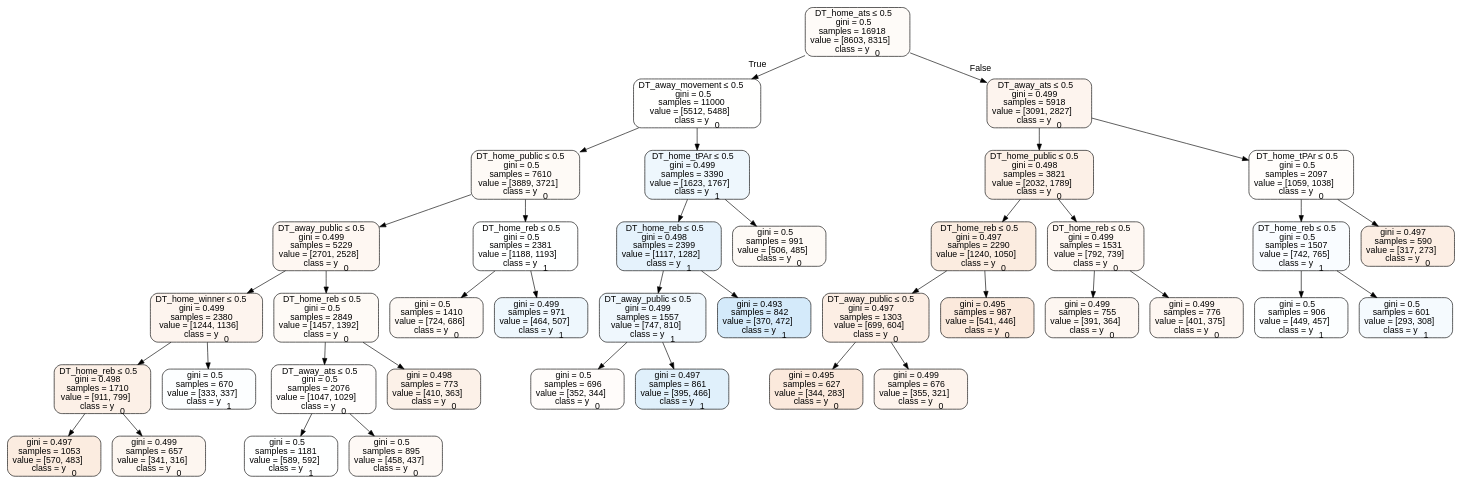
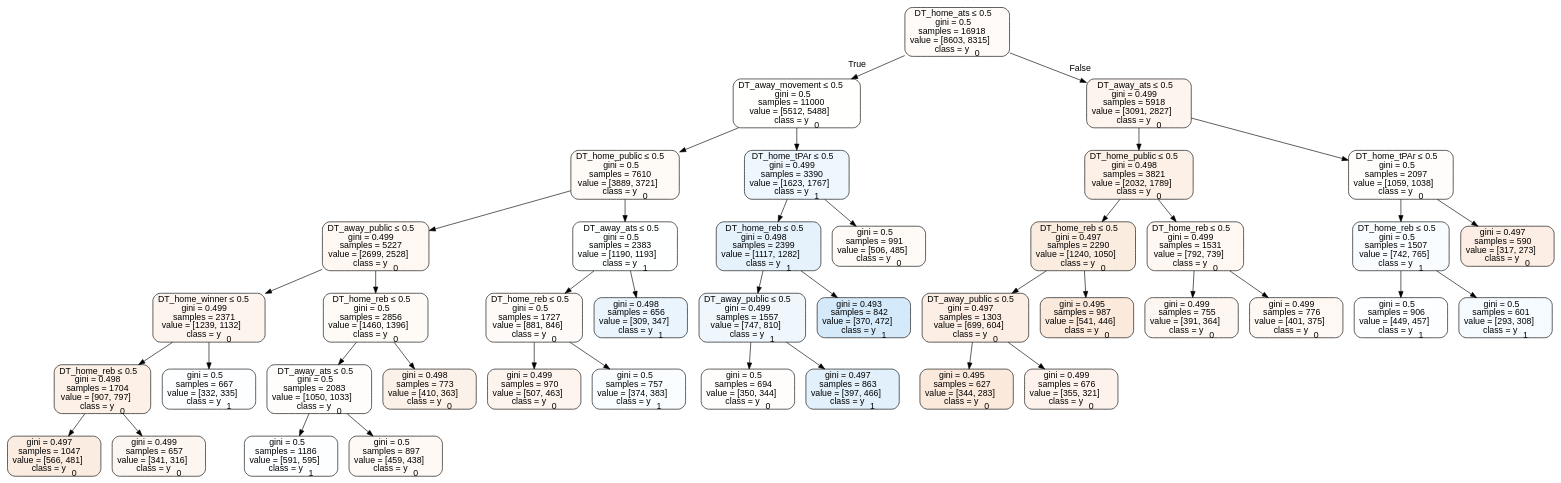
The diagram in Basketball/data/trees/tree2011home.dot (usbogie/ncaa-bets), drawn with Graphviz before and after one commit. The commit also changed 24 other files, not shown here.

```diff
--- a/Basketball/data/trees/tree2011home.dot
+++ b/Basketball/data/trees/tree2011home.dot
@@ -1,81 +1,85 @@
 digraph Tree {
 node [shape=box, style="filled, rounded", color="black", fontname=helvetica] ;
 edge [fontname=helvetica] ;
 0 [label=<DT_home_ats &le; 0.5<br/>gini = 0.5<br/>samples = 16918<br/>value = [8603, 8315]<br/>class = y<SUB>0</SUB>>, fillcolor="#e5813909"] ;
 1 [label=<DT_away_movement &le; 0.5<br/>gini = 0.5<br/>samples = 11000<br/>value = [5512, 5488]<br/>class = y<SUB>0</SUB>>, fillcolor="#e5813901"] ;
 0 -> 1 [labeldistance=2.5, labelangle=45, headlabel="True"] ;
 2 [label=<DT_home_public &le; 0.5<br/>gini = 0.5<br/>samples = 7610<br/>value = [3889, 3721]<br/>class = y<SUB>0</SUB>>, fillcolor="#e581390b"] ;
 1 -> 2 ;
-3 [label=<DT_away_public &le; 0.5<br/>gini = 0.499<br/>samples = 5229<br/>value = [2701, 2528]<br/>class = y<SUB>0</SUB>>, fillcolor="#e5813910"] ;
+3 [label=<DT_away_public &le; 0.5<br/>gini = 0.499<br/>samples = 5227<br/>value = [2699, 2528]<br/>class = y<SUB>0</SUB>>, fillcolor="#e5813910"] ;
 2 -> 3 ;
-4 [label=<DT_home_winner &le; 0.5<br/>gini = 0.499<br/>samples = 2380<br/>value = [1244, 1136]<br/>class = y<SUB>0</SUB>>, fillcolor="#e5813916"] ;
+4 [label=<DT_home_winner &le; 0.5<br/>gini = 0.499<br/>samples = 2371<br/>value = [1239, 1132]<br/>class = y<SUB>0</SUB>>, fillcolor="#e5813916"] ;
 3 -> 4 ;
-5 [label=<DT_home_reb &le; 0.5<br/>gini = 0.498<br/>samples = 1710<br/>value = [911, 799]<br/>class = y<SUB>0</SUB>>, fillcolor="#e581391f"] ;
+5 [label=<DT_home_reb &le; 0.5<br/>gini = 0.498<br/>samples = 1704<br/>value = [907, 797]<br/>class = y<SUB>0</SUB>>, fillcolor="#e581391f"] ;
 4 -> 5 ;
-6 [label=<gini = 0.497<br/>samples = 1053<br/>value = [570, 483]<br/>class = y<SUB>0</SUB>>, fillcolor="#e5813927"] ;
+6 [label=<gini = 0.497<br/>samples = 1047<br/>value = [566, 481]<br/>class = y<SUB>0</SUB>>, fillcolor="#e5813926"] ;
 5 -> 6 ;
 7 [label=<gini = 0.499<br/>samples = 657<br/>value = [341, 316]<br/>class = y<SUB>0</SUB>>, fillcolor="#e5813913"] ;
 5 -> 7 ;
-8 [label=<gini = 0.5<br/>samples = 670<br/>value = [333, 337]<br/>class = y<SUB>1</SUB>>, fillcolor="#399de503"] ;
+8 [label=<gini = 0.5<br/>samples = 667<br/>value = [332, 335]<br/>class = y<SUB>1</SUB>>, fillcolor="#399de502"] ;
 4 -> 8 ;
-9 [label=<DT_home_reb &le; 0.5<br/>gini = 0.5<br/>samples = 2849<br/>value = [1457, 1392]<br/>class = y<SUB>0</SUB>>, fillcolor="#e581390b"] ;
+9 [label=<DT_home_reb &le; 0.5<br/>gini = 0.5<br/>samples = 2856<br/>value = [1460, 1396]<br/>class = y<SUB>0</SUB>>, fillcolor="#e581390b"] ;
 3 -> 9 ;
-10 [label=<DT_away_ats &le; 0.5<br/>gini = 0.5<br/>samples = 2076<br/>value = [1047, 1029]<br/>class = y<SUB>0</SUB>>, fillcolor="#e5813904"] ;
+10 [label=<DT_away_ats &le; 0.5<br/>gini = 0.5<br/>samples = 2083<br/>value = [1050, 1033]<br/>class = y<SUB>0</SUB>>, fillcolor="#e5813904"] ;
 9 -> 10 ;
-11 [label=<gini = 0.5<br/>samples = 1181<br/>value = [589, 592]<br/>class = y<SUB>1</SUB>>, fillcolor="#399de501"] ;
+11 [label=<gini = 0.5<br/>samples = 1186<br/>value = [591, 595]<br/>class = y<SUB>1</SUB>>, fillcolor="#399de502"] ;
 10 -> 11 ;
-12 [label=<gini = 0.5<br/>samples = 895<br/>value = [458, 437]<br/>class = y<SUB>0</SUB>>, fillcolor="#e581390c"] ;
+12 [label=<gini = 0.5<br/>samples = 897<br/>value = [459, 438]<br/>class = y<SUB>0</SUB>>, fillcolor="#e581390c"] ;
 10 -> 12 ;
 13 [label=<gini = 0.498<br/>samples = 773<br/>value = [410, 363]<br/>class = y<SUB>0</SUB>>, fillcolor="#e581391d"] ;
 9 -> 13 ;
-14 [label=<DT_home_reb &le; 0.5<br/>gini = 0.5<br/>samples = 2381<br/>value = [1188, 1193]<br/>class = y<SUB>1</SUB>>, fillcolor="#399de501"] ;
+14 [label=<DT_away_ats &le; 0.5<br/>gini = 0.5<br/>samples = 2383<br/>value = [1190, 1193]<br/>class = y<SUB>1</SUB>>, fillcolor="#399de501"] ;
 2 -> 14 ;
-15 [label=<gini = 0.5<br/>samples = 1410<br/>value = [724, 686]<br/>class = y<SUB>0</SUB>>, fillcolor="#e581390d"] ;
+15 [label=<DT_home_reb &le; 0.5<br/>gini = 0.5<br/>samples = 1727<br/>value = [881, 846]<br/>class = y<SUB>0</SUB>>, fillcolor="#e581390a"] ;
 14 -> 15 ;
-16 [label=<gini = 0.499<br/>samples = 971<br/>value = [464, 507]<br/>class = y<SUB>1</SUB>>, fillcolor="#399de516"] ;
-14 -> 16 ;
-17 [label=<DT_home_tPAr &le; 0.5<br/>gini = 0.499<br/>samples = 3390<br/>value = [1623, 1767]<br/>class = y<SUB>1</SUB>>, fillcolor="#399de515"] ;
-1 -> 17 ;
-18 [label=<DT_home_reb &le; 0.5<br/>gini = 0.498<br/>samples = 2399<br/>value = [1117, 1282]<br/>class = y<SUB>1</SUB>>, fillcolor="#399de521"] ;
-17 -> 18 ;
-19 [label=<DT_away_public &le; 0.5<br/>gini = 0.499<br/>samples = 1557<br/>value = [747, 810]<br/>class = y<SUB>1</SUB>>, fillcolor="#399de514"] ;
-18 -> 19 ;
-20 [label=<gini = 0.5<br/>samples = 696<br/>value = [352, 344]<br/>class = y<SUB>0</SUB>>, fillcolor="#e5813906"] ;
+16 [label=<gini = 0.499<br/>samples = 970<br/>value = [507, 463]<br/>class = y<SUB>0</SUB>>, fillcolor="#e5813916"] ;
+15 -> 16 ;
+17 [label=<gini = 0.5<br/>samples = 757<br/>value = [374, 383]<br/>class = y<SUB>1</SUB>>, fillcolor="#399de506"] ;
+15 -> 17 ;
+18 [label=<gini = 0.498<br/>samples = 656<br/>value = [309, 347]<br/>class = y<SUB>1</SUB>>, fillcolor="#399de51c"] ;
+14 -> 18 ;
+19 [label=<DT_home_tPAr &le; 0.5<br/>gini = 0.499<br/>samples = 3390<br/>value = [1623, 1767]<br/>class = y<SUB>1</SUB>>, fillcolor="#399de515"] ;
+1 -> 19 ;
+20 [label=<DT_home_reb &le; 0.5<br/>gini = 0.498<br/>samples = 2399<br/>value = [1117, 1282]<br/>class = y<SUB>1</SUB>>, fillcolor="#399de521"] ;
 19 -> 20 ;
-21 [label=<gini = 0.497<br/>samples = 861<br/>value = [395, 466]<br/>class = y<SUB>1</SUB>>, fillcolor="#399de527"] ;
-19 -> 21 ;
-22 [label=<gini = 0.493<br/>samples = 842<br/>value = [370, 472]<br/>class = y<SUB>1</SUB>>, fillcolor="#399de537"] ;
-18 -> 22 ;
-23 [label=<gini = 0.5<br/>samples = 991<br/>value = [506, 485]<br/>class = y<SUB>0</SUB>>, fillcolor="#e581390b"] ;
-17 -> 23 ;
-24 [label=<DT_away_ats &le; 0.5<br/>gini = 0.499<br/>samples = 5918<br/>value = [3091, 2827]<br/>class = y<SUB>0</SUB>>, fillcolor="#e5813916"] ;
-0 -> 24 [labeldistance=2.5, labelangle=-45, headlabel="False"] ;
-25 [label=<DT_home_public &le; 0.5<br/>gini = 0.498<br/>samples = 3821<br/>value = [2032, 1789]<br/>class = y<SUB>0</SUB>>, fillcolor="#e581391e"] ;
-24 -> 25 ;
-26 [label=<DT_home_reb &le; 0.5<br/>gini = 0.497<br/>samples = 2290<br/>value = [1240, 1050]<br/>class = y<SUB>0</SUB>>, fillcolor="#e5813927"] ;
-25 -> 26 ;
-27 [label=<DT_away_public &le; 0.5<br/>gini = 0.497<br/>samples = 1303<br/>value = [699, 604]<br/>class = y<SUB>0</SUB>>, fillcolor="#e5813923"] ;
+21 [label=<DT_away_public &le; 0.5<br/>gini = 0.499<br/>samples = 1557<br/>value = [747, 810]<br/>class = y<SUB>1</SUB>>, fillcolor="#399de514"] ;
+20 -> 21 ;
+22 [label=<gini = 0.5<br/>samples = 694<br/>value = [350, 344]<br/>class = y<SUB>0</SUB>>, fillcolor="#e5813904"] ;
+21 -> 22 ;
+23 [label=<gini = 0.497<br/>samples = 863<br/>value = [397, 466]<br/>class = y<SUB>1</SUB>>, fillcolor="#399de526"] ;
+21 -> 23 ;
+24 [label=<gini = 0.493<br/>samples = 842<br/>value = [370, 472]<br/>class = y<SUB>1</SUB>>, fillcolor="#399de537"] ;
+20 -> 24 ;
+25 [label=<gini = 0.5<br/>samples = 991<br/>value = [506, 485]<br/>class = y<SUB>0</SUB>>, fillcolor="#e581390b"] ;
+19 -> 25 ;
+26 [label=<DT_away_ats &le; 0.5<br/>gini = 0.499<br/>samples = 5918<br/>value = [3091, 2827]<br/>class = y<SUB>0</SUB>>, fillcolor="#e5813916"] ;
+0 -> 26 [labeldistance=2.5, labelangle=-45, headlabel="False"] ;
+27 [label=<DT_home_public &le; 0.5<br/>gini = 0.498<br/>samples = 3821<br/>value = [2032, 1789]<br/>class = y<SUB>0</SUB>>, fillcolor="#e581391e"] ;
 26 -> 27 ;
-28 [label=<gini = 0.495<br/>samples = 627<br/>value = [344, 283]<br/>class = y<SUB>0</SUB>>, fillcolor="#e581392d"] ;
+28 [label=<DT_home_reb &le; 0.5<br/>gini = 0.497<br/>samples = 2290<br/>value = [1240, 1050]<br/>class = y<SUB>0</SUB>>, fillcolor="#e5813927"] ;
 27 -> 28 ;
-29 [label=<gini = 0.499<br/>samples = 676<br/>value = [355, 321]<br/>class = y<SUB>0</SUB>>, fillcolor="#e5813918"] ;
-27 -> 29 ;
-30 [label=<gini = 0.495<br/>samples = 987<br/>value = [541, 446]<br/>class = y<SUB>0</SUB>>, fillcolor="#e581392d"] ;
-26 -> 30 ;
-31 [label=<DT_home_reb &le; 0.5<br/>gini = 0.499<br/>samples = 1531<br/>value = [792, 739]<br/>class = y<SUB>0</SUB>>, fillcolor="#e5813911"] ;
-25 -> 31 ;
-32 [label=<gini = 0.499<br/>samples = 755<br/>value = [391, 364]<br/>class = y<SUB>0</SUB>>, fillcolor="#e5813912"] ;
-31 -> 32 ;
-33 [label=<gini = 0.499<br/>samples = 776<br/>value = [401, 375]<br/>class = y<SUB>0</SUB>>, fillcolor="#e5813911"] ;
-31 -> 33 ;
-34 [label=<DT_home_tPAr &le; 0.5<br/>gini = 0.5<br/>samples = 2097<br/>value = [1059, 1038]<br/>class = y<SUB>0</SUB>>, fillcolor="#e5813905"] ;
-24 -> 34 ;
-35 [label=<DT_home_reb &le; 0.5<br/>gini = 0.5<br/>samples = 1507<br/>value = [742, 765]<br/>class = y<SUB>1</SUB>>, fillcolor="#399de508"] ;
-34 -> 35 ;
-36 [label=<gini = 0.5<br/>samples = 906<br/>value = [449, 457]<br/>class = y<SUB>1</SUB>>, fillcolor="#399de504"] ;
-35 -> 36 ;
-37 [label=<gini = 0.5<br/>samples = 601<br/>value = [293, 308]<br/>class = y<SUB>1</SUB>>, fillcolor="#399de50c"] ;
-35 -> 37 ;
-38 [label=<gini = 0.497<br/>samples = 590<br/>value = [317, 273]<br/>class = y<SUB>0</SUB>>, fillcolor="#e5813923"] ;
-34 -> 38 ;
+29 [label=<DT_away_public &le; 0.5<br/>gini = 0.497<br/>samples = 1303<br/>value = [699, 604]<br/>class = y<SUB>0</SUB>>, fillcolor="#e5813923"] ;
+28 -> 29 ;
+30 [label=<gini = 0.495<br/>samples = 627<br/>value = [344, 283]<br/>class = y<SUB>0</SUB>>, fillcolor="#e581392d"] ;
+29 -> 30 ;
+31 [label=<gini = 0.499<br/>samples = 676<br/>value = [355, 321]<br/>class = y<SUB>0</SUB>>, fillcolor="#e5813918"] ;
+29 -> 31 ;
+32 [label=<gini = 0.495<br/>samples = 987<br/>value = [541, 446]<br/>class = y<SUB>0</SUB>>, fillcolor="#e581392d"] ;
+28 -> 32 ;
+33 [label=<DT_home_reb &le; 0.5<br/>gini = 0.499<br/>samples = 1531<br/>value = [792, 739]<br/>class = y<SUB>0</SUB>>, fillcolor="#e5813911"] ;
+27 -> 33 ;
+34 [label=<gini = 0.499<br/>samples = 755<br/>value = [391, 364]<br/>class = y<SUB>0</SUB>>, fillcolor="#e5813912"] ;
+33 -> 34 ;
+35 [label=<gini = 0.499<br/>samples = 776<br/>value = [401, 375]<br/>class = y<SUB>0</SUB>>, fillcolor="#e5813911"] ;
+33 -> 35 ;
+36 [label=<DT_home_tPAr &le; 0.5<br/>gini = 0.5<br/>samples = 2097<br/>value = [1059, 1038]<br/>class = y<SUB>0</SUB>>, fillcolor="#e5813905"] ;
+26 -> 36 ;
+37 [label=<DT_home_reb &le; 0.5<br/>gini = 0.5<br/>samples = 1507<br/>value = [742, 765]<br/>class = y<SUB>1</SUB>>, fillcolor="#399de508"] ;
+36 -> 37 ;
+38 [label=<gini = 0.5<br/>samples = 906<br/>value = [449, 457]<br/>class = y<SUB>1</SUB>>, fillcolor="#399de504"] ;
+37 -> 38 ;
+39 [label=<gini = 0.5<br/>samples = 601<br/>value = [293, 308]<br/>class = y<SUB>1</SUB>>, fillcolor="#399de50c"] ;
+37 -> 39 ;
+40 [label=<gini = 0.497<br/>samples = 590<br/>value = [317, 273]<br/>class = y<SUB>0</SUB>>, fillcolor="#e5813923"] ;
+36 -> 40 ;
 }
```
